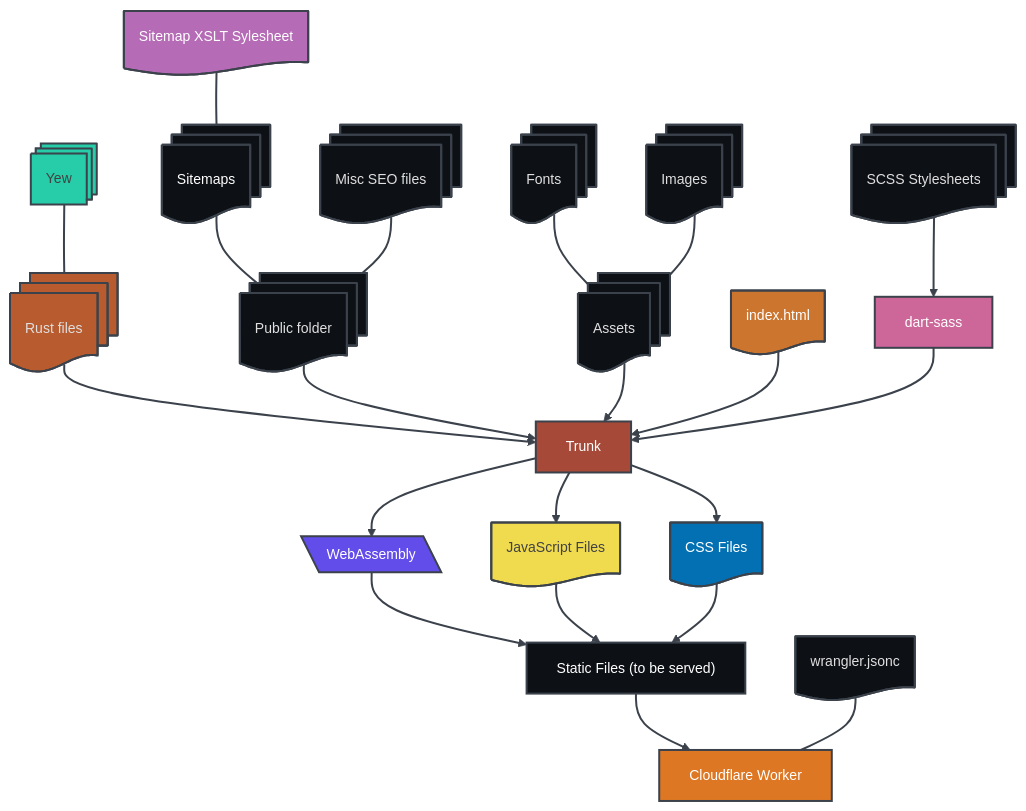
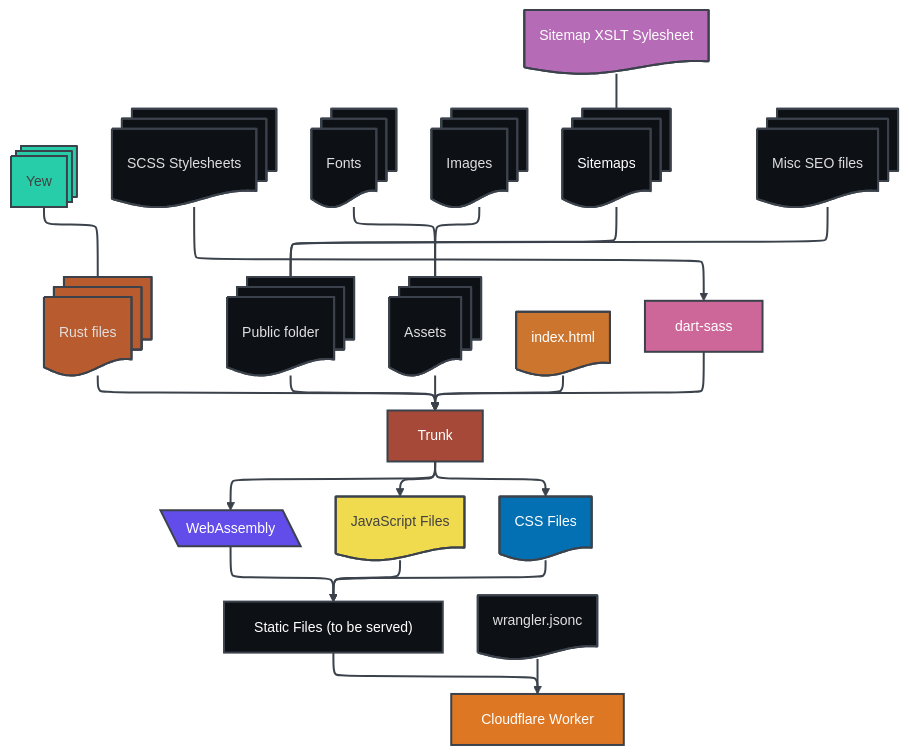
The diagram in README.md (MysticalMike60t/rustismylife), drawn with Mermaid before and after one commit.

````diff
--- a/README.md
+++ b/README.md
@@ -18,9 +18,10 @@
 ```mermaid
 ---
 config:
-  flowchart:
-    htmlLabels: false
-  layout: dagre
+  layout: elk
+  elk:
+    mergeEdges: true
+    nodePlacementStrategy: LINEAR_SEGMENTS
   look: classic
   theme: redux-dark
 ---
````
